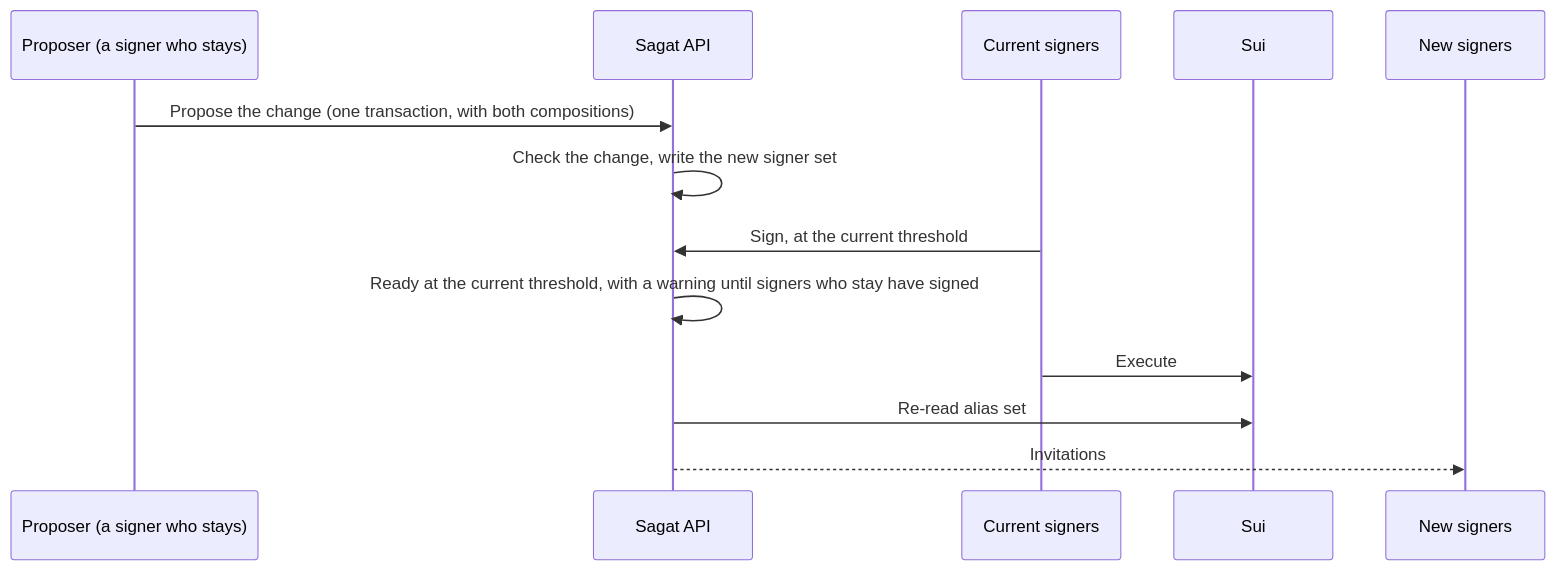
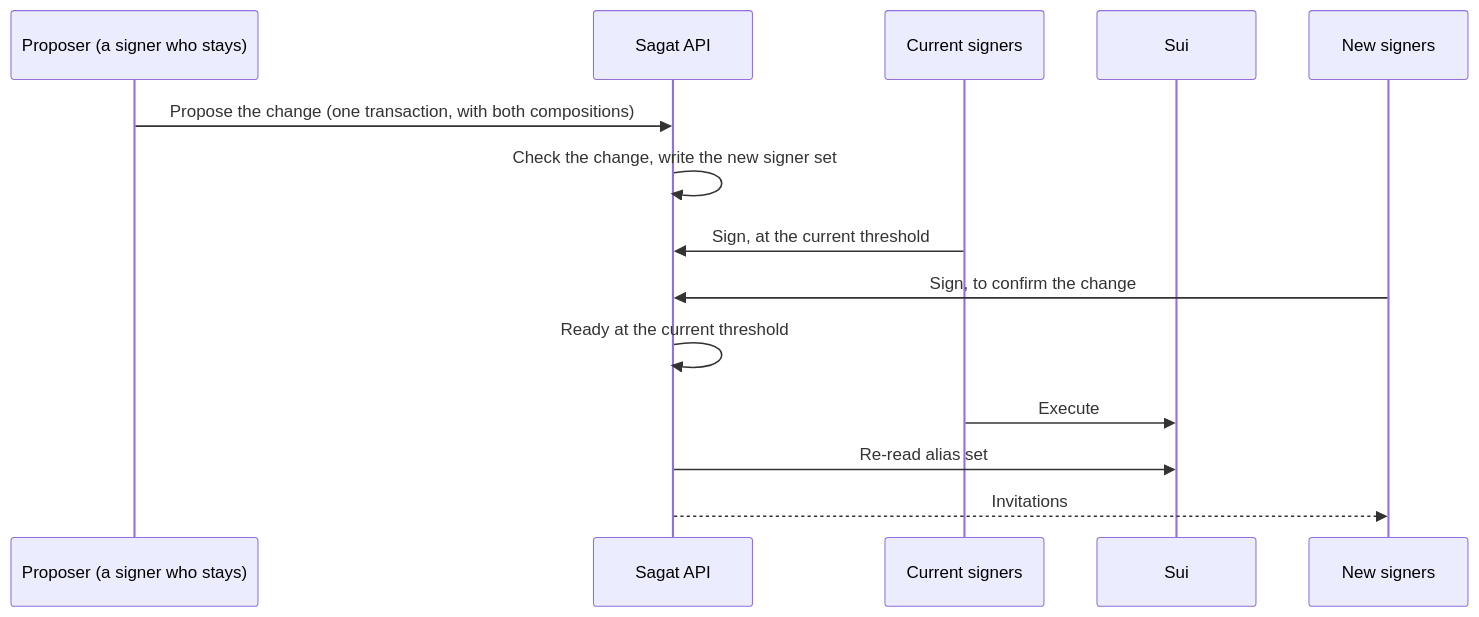
One commit to MystenLabs/sagat changed the diagram in design/account-rotation.md. Above: the diagram before and after it, drawn with Mermaid. The commit also changed other lines of this file and 1 other file, not shown here.

Commit message:
docs: Let a key a signer change adds sign it, and drop the rule that signers who stay meet the new threshold alone

````diff
--- a/design/account-rotation.md
+++ b/design/account-rotation.md
@@ -166,16 +166,17 @@
 ```mermaid
 sequenceDiagram
     participant P as Proposer (a signer who stays)
     participant A as Sagat API
     participant O as Current signers
     participant C as Sui
     participant N as New signers
 
     P->>A: Propose the change (one transaction, with both compositions)
     A->>A: Check the change, write the new signer set
     O->>A: Sign, at the current threshold
-    A->>A: Ready at the current threshold, with a warning until signers who stay have signed
+    N->>A: Sign, to confirm the change
+    A->>A: Ready at the current threshold
     O->>C: Execute
     A->>C: Re-read alias set
     A-->>N: Invitations
 ```
````
